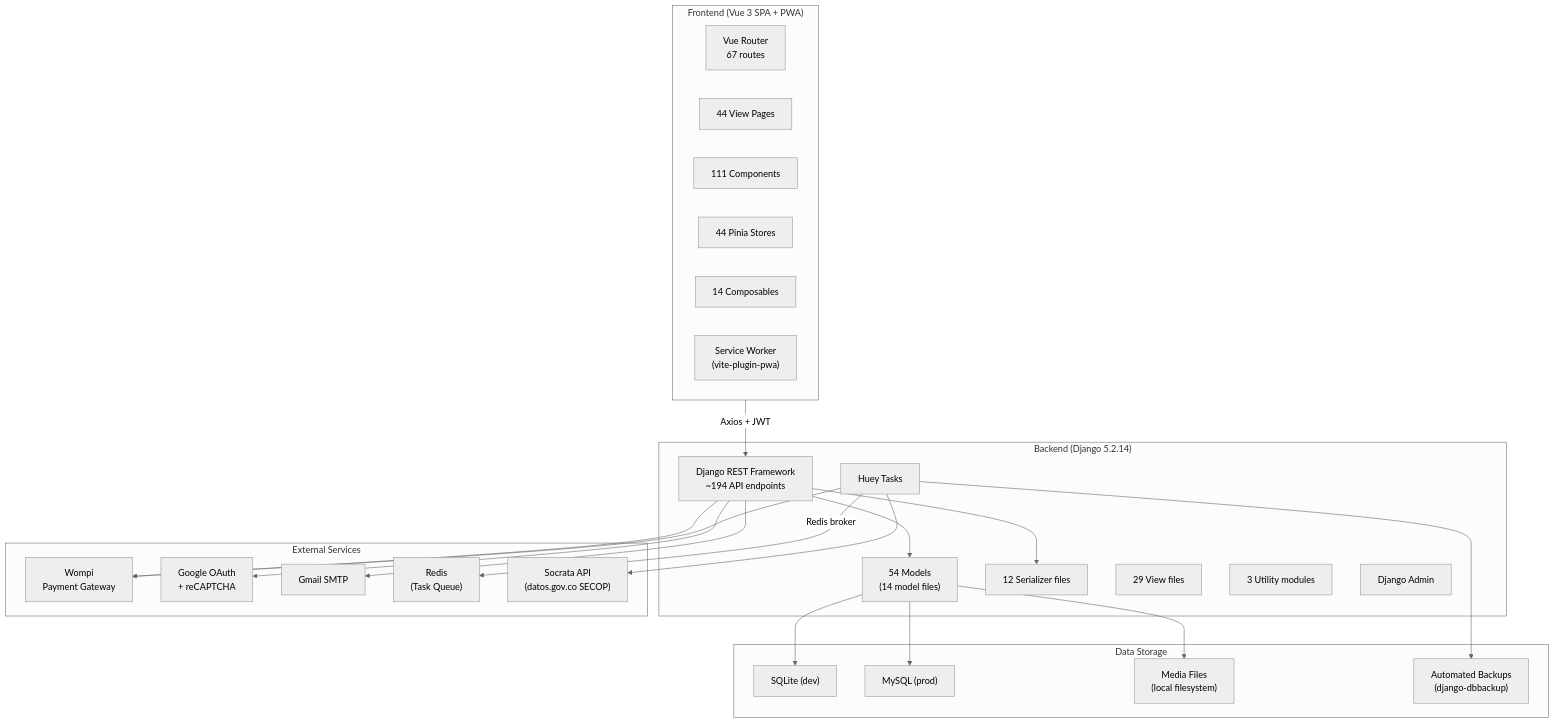
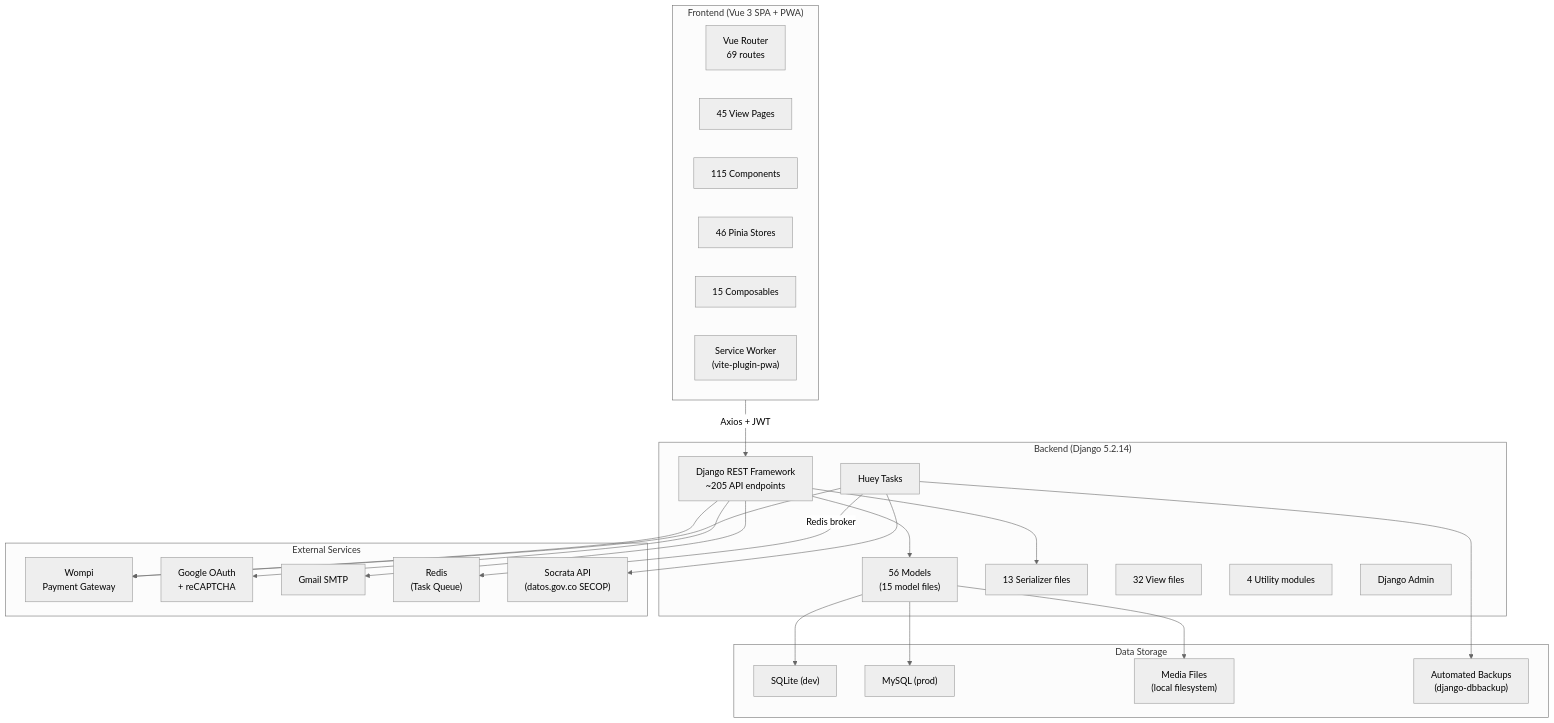
The first of 8 diagrams in docs/methodology/architecture.md (carlos18bp/gym_project), drawn with Mermaid (neutral theme) before and after one commit. The commit also changed other lines of this file and 73 other files, not shown here.

First line of the commit message:
docs: refresh the flow map, methodology docs and fleet skills

````diff
--- a/docs/methodology/architecture.md
+++ b/docs/methodology/architecture.md
@@ -5,50 +5,50 @@
 ```mermaid
 flowchart TB
     subgraph Client["Frontend (Vue 3 SPA + PWA)"]
-        Router["Vue Router\n67 routes"]
-        Views["44 View Pages"]
-        Components["111 Components"]
-        Stores["44 Pinia Stores"]
-        Composables["14 Composables"]
+        Router["Vue Router\n69 routes"]
+        Views["45 View Pages"]
+        Components["115 Components"]
+        Stores["46 Pinia Stores"]
+        Composables["15 Composables"]
         SW["Service Worker\n(vite-plugin-pwa)"]
     end
 
     subgraph Server["Backend (Django 5.2.14)"]
-        DRF["Django REST Framework\n~194 API endpoints"]
-        Models["54 Models\n(14 model files)"]
-        Serializers["12 Serializer files"]
-        Views_BE["29 View files"]
-        Utils["3 Utility modules"]
+        DRF["Django REST Framework\n~205 API endpoints"]
+        Models["56 Models\n(15 model files)"]
+        Serializers["13 Serializer files"]
+        Views_BE["32 View files"]
+        Utils["4 Utility modules"]
         Tasks["Huey Tasks"]
         Admin["Django Admin"]
     end
 
     subgraph External["External Services"]
         Wompi["Wompi\nPayment Gateway"]
         Google["Google OAuth\n+ reCAPTCHA"]
         SMTP["Gmail SMTP"]
         Redis["Redis\n(Task Queue)"]
         Socrata["Socrata API\n(datos.gov.co SECOP)"]
     end
 
     subgraph Storage["Data Storage"]
         DB_Dev["SQLite (dev)"]
         DB_Prod["MySQL (prod)"]
         Media["Media Files\n(local filesystem)"]
         Backups["Automated Backups\n(django-dbbackup)"]
     end
 
     Client -->|"Axios + JWT"| DRF
     DRF --> Models
     DRF --> Serializers
     Models --> DB_Dev
     Models --> DB_Prod
     Models --> Media
     Tasks -->|"Redis broker"| Redis
     Tasks --> Wompi
     Tasks --> Backups
     DRF --> SMTP
     DRF --> Google
     DRF --> Wompi
     Tasks --> Socrata
 ```
````
